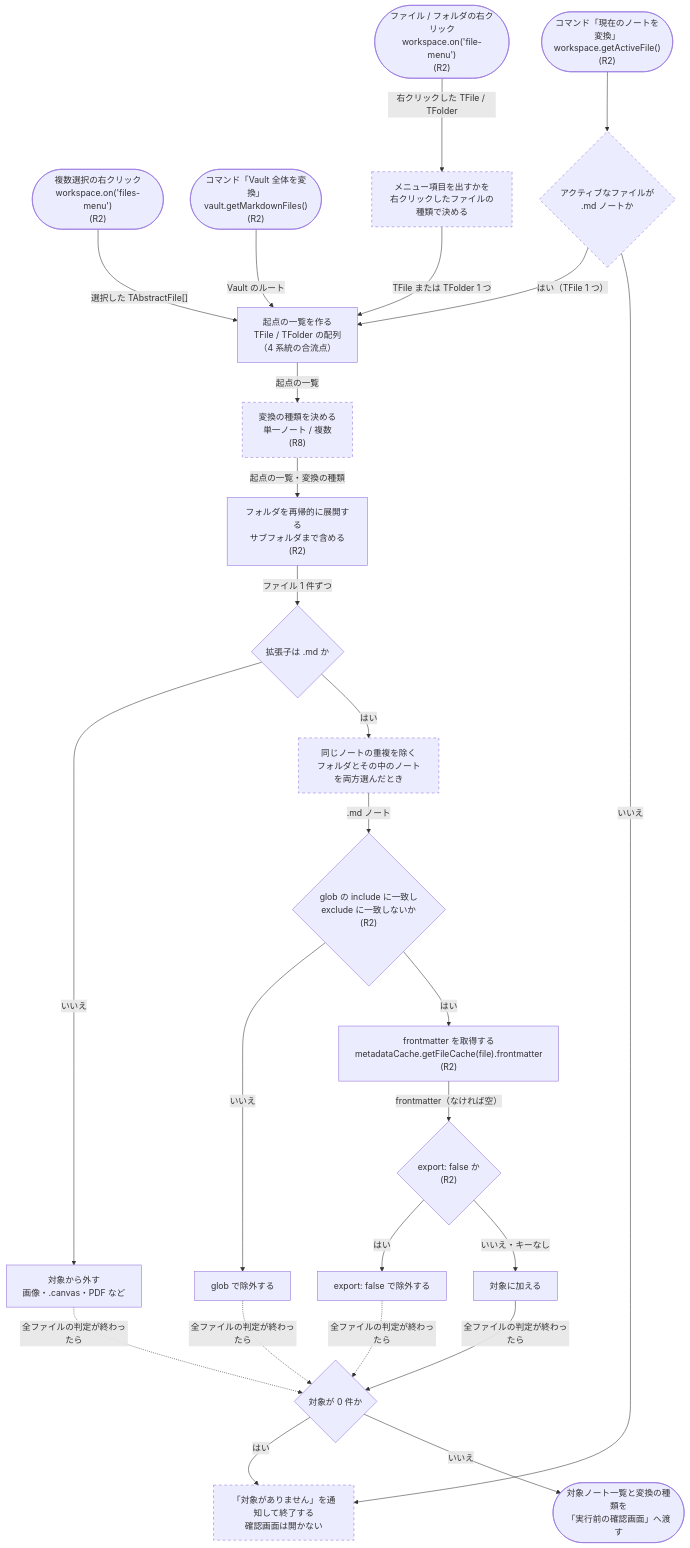
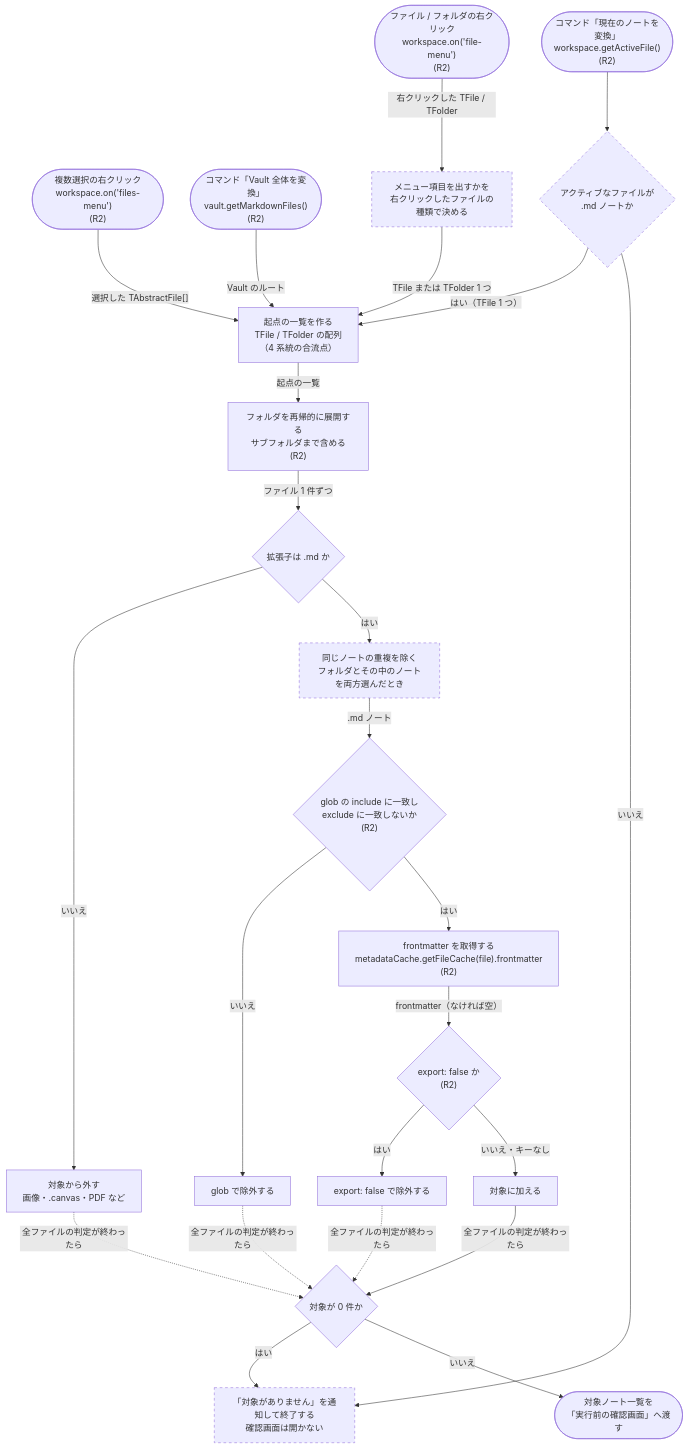
Before and after one commit to rakko1133/obsidian-md-to-office: the diagram in docs/flows/01-collect-targets.md, drawn with Mermaid. The commit also changed other lines of this file and 9 other files, not shown here.

First line of the commit message:
docs: 10 本のフロー図を境界の決定に合わせて修正 (R3, R8)

````diff
--- a/docs/flows/01-collect-targets.md
+++ b/docs/flows/01-collect-targets.md
@@ -23,58 +23,56 @@
 ```mermaid
 flowchart TD
   T1(["ファイル / フォルダの右クリック<br/>workspace.on('file-menu')<br/>(R2)"])
   T2(["複数選択の右クリック<br/>workspace.on('files-menu')<br/>(R2)"])
   T3(["コマンド「現在のノートを変換」<br/>workspace.getActiveFile()<br/>(R2)"])
   T4(["コマンド「Vault 全体を変換」<br/>vault.getMarkdownFiles()<br/>(R2)"])
 
   Active{"アクティブなファイルが<br/>.md ノートか"}:::undecided
   MenuMd["メニュー項目を出すかを<br/>右クリックしたファイルの種類で決める"]:::undecided
 
   Seeds["起点の一覧を作る<br/>TFile / TFolder の配列<br/>（4 系統の合流点）"]
-  Kind["変換の種類を決める<br/>単一ノート / 複数<br/>(R8)"]:::undecided
 
   Expand["フォルダを再帰的に展開する<br/>サブフォルダまで含める<br/>(R2)"]
   Ext{"拡張子は .md か"}
   DropNonMd["対象から外す<br/>画像・.canvas・PDF など"]
   Dedup["同じノートの重複を除く<br/>フォルダとその中のノートを両方選んだとき"]:::undecided
 
   Glob{"glob の include に一致し<br/>exclude に一致しないか<br/>(R2)"}
   ExGlob["glob で除外する"]
   Fm["frontmatter を取得する<br/>metadataCache.getFileCache(file).frontmatter<br/>(R2)"]
   ExportFlag{"export: false か<br/>(R2)"}
   ExFm["export: false で除外する"]
   Keep["対象に加える"]
 
   Zero{"対象が 0 件か"}
   Notice["「対象がありません」を通知して終了する<br/>確認画面は開かない"]:::undecided
-  Out(["対象ノート一覧と変換の種類を<br/>「実行前の確認画面」へ渡す"])
+  Out(["対象ノート一覧を<br/>「実行前の確認画面」へ渡す"])
 
   T1 -->|"右クリックした TFile / TFolder"| MenuMd
   MenuMd -->|"TFile または TFolder 1 つ"| Seeds
   T2 -->|"選択した TAbstractFile[]"| Seeds
   T3 --> Active
   Active -->|"はい（TFile 1 つ）"| Seeds
   Active -->|"いいえ"| Notice
   T4 -->|"Vault のルート"| Seeds
 
-  Seeds -->|"起点の一覧"| Kind
-  Kind -->|"起点の一覧・変換の種類"| Expand
+  Seeds -->|"起点の一覧"| Expand
   Expand -->|"ファイル 1 件ずつ"| Ext
   Ext -->|"いいえ"| DropNonMd
   Ext -->|"はい"| Dedup
   Dedup -->|".md ノート"| Glob
   Glob -->|"いいえ"| ExGlob
   Glob -->|"はい"| Fm
   Fm -->|"frontmatter（なければ空）"| ExportFlag
   ExportFlag -->|"はい"| ExFm
   ExportFlag -->|"いいえ・キーなし"| Keep
 
   Keep -->|"全ファイルの判定が終わったら"| Zero
   DropNonMd -.->|"全ファイルの判定が終わったら"| Zero
   ExGlob -.->|"全ファイルの判定が終わったら"| Zero
   ExFm -.->|"全ファイルの判定が終わったら"| Zero
   Zero -->|"はい"| Notice
   Zero -->|"いいえ"| Out
 
   classDef undecided stroke-dasharray: 5 5
 ```
````
